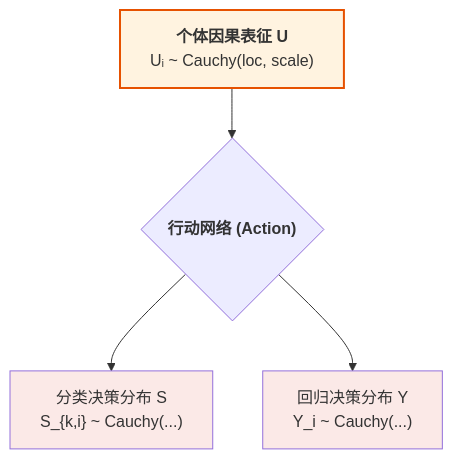
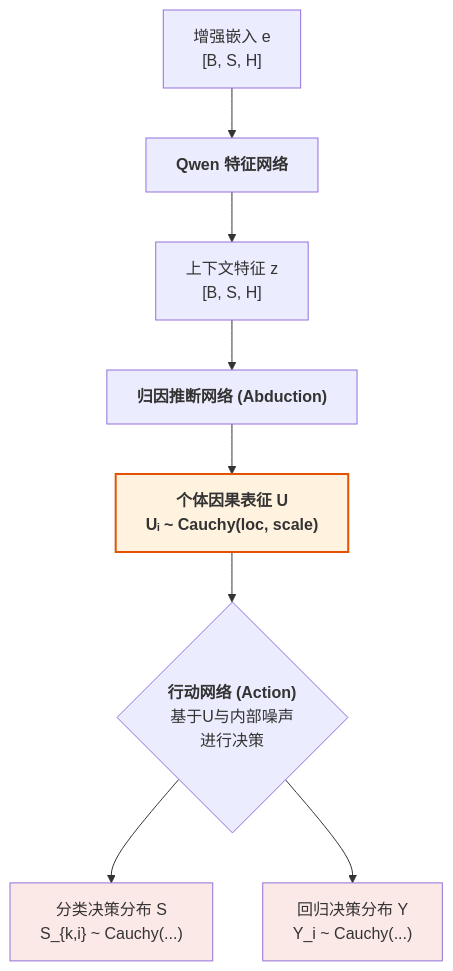
One commit to 1587causalai/CausalQwen changed the third of 9 diagrams in docs/mathematical_foundations.md. Above: the diagram before and after it, drawn with Mermaid. The commit also changed other lines of this file and 1 other file, not shown here.

````diff
--- a/docs/mathematical_foundations.md
+++ b/docs/mathematical_foundations.md
@@ -140,12 +423,15 @@
 ```mermaid
 graph TD
-    A["<b>个体因果表征 U</b><br>Uᵢ ~ Cauchy(loc, scale)"];
+    A["增强嵌入 e<br>[B, S, H]"] --> B["<b>Qwen 特征网络</b>"];
+    B --> C["上下文特征 z<br>[B, S, H]"];
+    C --> D["<b>归因推断网络 (Abduction)</b>"];
+    D --> E["<b>个体因果表征 U<br>Uᵢ ~ Cauchy(loc, scale)</b>"];
     
-    A --> B{"<b>行动网络 (Action)</b>"};
-    B --> C["分类决策分布 S<br>S_{k,i} ~ Cauchy(...)"];
-    B --> D["回归决策分布 Y<br>Y_i ~ Cauchy(...)"];
+    E --> F{"<b>行动网络 (Action)</b><br>基于U与内部噪声<br>进行决策"};
+    F --> G["分类决策分布 S<br>S_{k,i} ~ Cauchy(...)"];
+    F --> H["回归决策分布 Y<br>Y_i ~ Cauchy(...)"];
 
-    style A fill:#fff3e0,stroke:#e65100,stroke-width:2px
-    style C fill:#fbe9e7
-    style D fill:#fbe9e7
+    style E fill:#fff3e0,stroke:#e65100,stroke-width:2px
+    style G fill:#fbe9e7
+    style H fill:#fbe9e7
 ```
````
